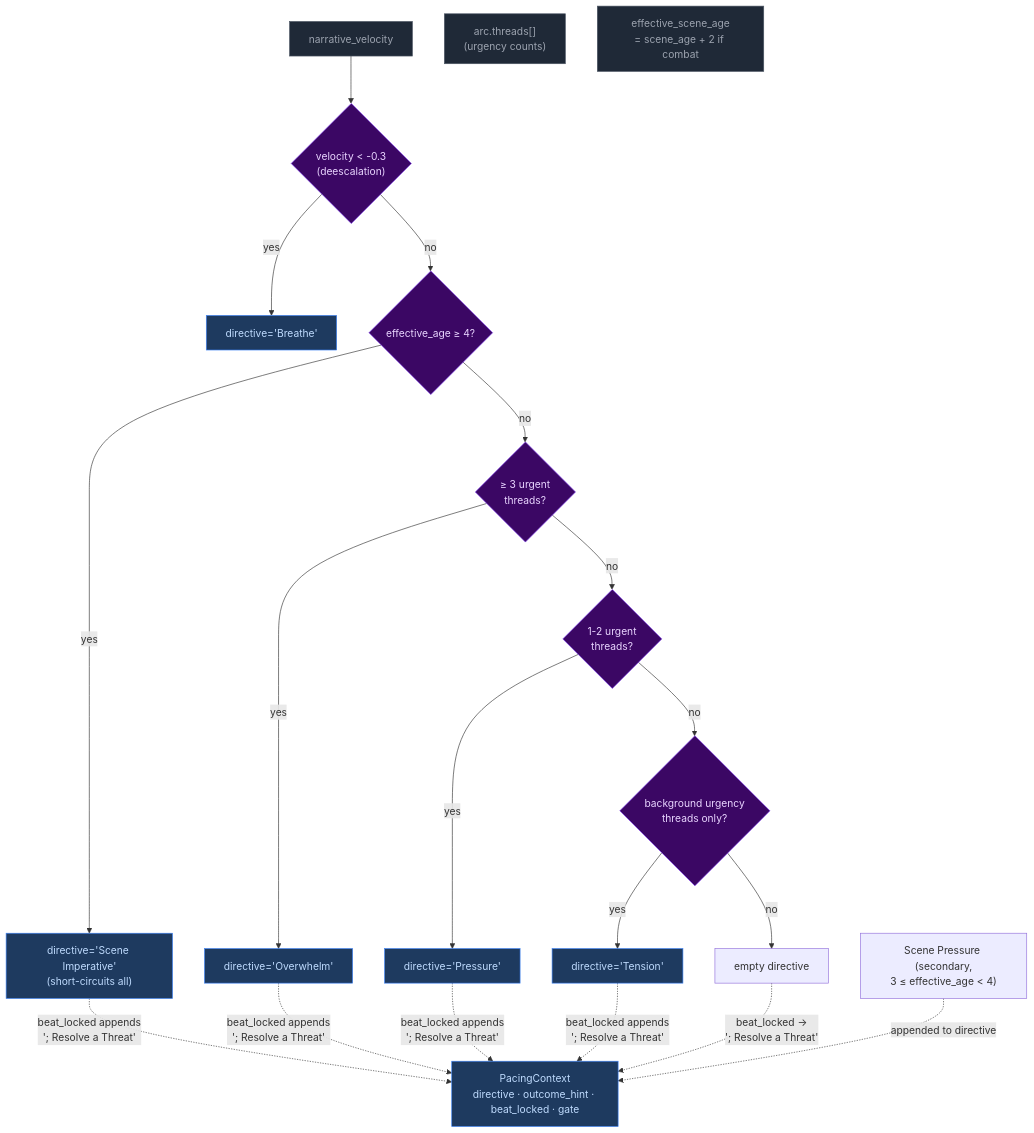
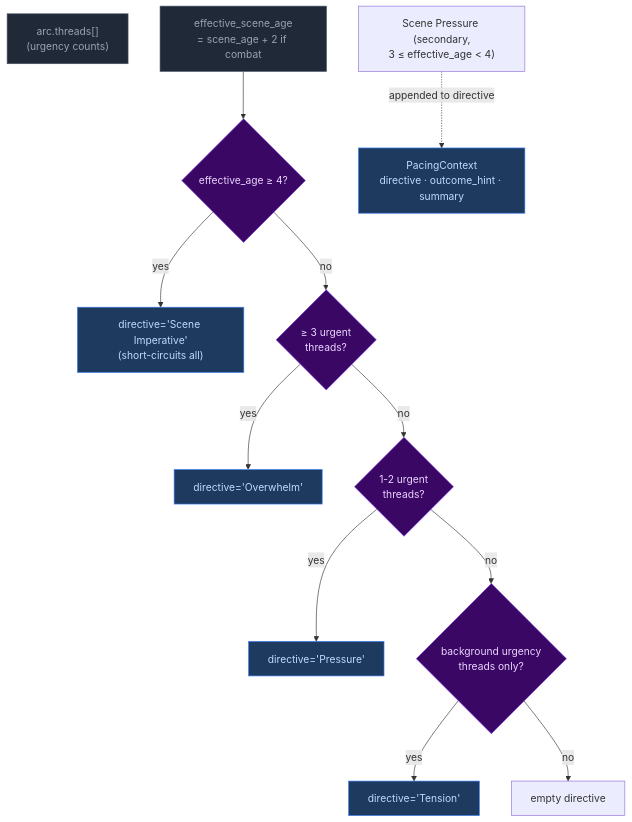
Before and after one commit to pww217/fablethread: the second of 3 diagrams in docs/architecture/step0-ruling.md, drawn with Mermaid. The commit also changed other lines of this file and 30 other files, not shown here.

````diff
--- a/docs/architecture/step0-ruling.md
+++ b/docs/architecture/step0-ruling.md
@@ -79,36 +75,27 @@
 ```mermaid
 flowchart TD
     classDef pyNode fill:#1f2937,color:#9ca3af,stroke:#4b5563
     classDef decision fill:#3b0764,color:#e9d5ff,stroke:#7c3aed
     classDef output fill:#1e3a5f,color:#bfdbfe,stroke:#3b82f6
 
-    V["narrative_velocity"]:::pyNode
     T["arc.threads[]<br>(urgency counts)"]:::pyNode
     SA["effective_scene_age<br>= scene_age + 2 if combat"]:::pyNode
 
-    V --> D1{"velocity < -0.3<br>(deescalation)"}:::decision
-    D1 -- yes --> B1["directive='Breathe'"]:::output
-    D1 -- no --> D2{"effective_age ≥ 4?"}:::decision
-    D2 -- yes --> B2["directive='Scene Imperative'<br>(short-circuits all)"]:::output
-    D2 -- no --> D3{"≥ 3 urgent<br>threads?"}:::decision
-    D3 -- yes --> B3["directive='Overwhelm'"]:::output
-    D3 -- no --> D4{"1-2 urgent<br>threads?"}:::decision
-    D4 -- yes --> B4["directive='Pressure'"]:::output
-    D4 -- no --> D5{"background urgency<br>threads only?"}:::decision
-    D5 -- yes --> B5["directive='Tension'"]:::output
-    D5 -- no --> D6["empty directive"]
+    SA --> D1{"effective_age ≥ 4?"}:::decision
+    D1 -- yes --> B1["directive='Scene Imperative'<br>(short-circuits all)"]:::output
+    D1 -- no --> D2{"≥ 3 urgent<br>threads?"}:::decision
+    D2 -- yes --> B2["directive='Overwhelm'"]:::output
+    D2 -- no --> D3{"1-2 urgent<br>threads?"}:::decision
+    D3 -- yes --> B3["directive='Pressure'"]:::output
+    D3 -- no --> D4{"background urgency<br>threads only?"}:::decision
+    D4 -- yes --> B4["directive='Tension'"]:::output
+    D4 -- no --> D5["empty directive"]
 
     SEC2["Scene Pressure (secondary,<br>3 ≤ effective_age < 4)"]
 
-    FINAL["PacingContext<br>directive · outcome_hint · beat_locked · gate"]:::output
-
-    B2 -. "beat_locked appends<br>'; Resolve a Threat'" .-> FINAL
-    B3 -. "beat_locked appends<br>'; Resolve a Threat'" .-> FINAL
-    B4 -. "beat_locked appends<br>'; Resolve a Threat'" .-> FINAL
-    B5 -. "beat_locked appends<br>'; Resolve a Threat'" .-> FINAL
-    D6 -. "beat_locked →<br>'; Resolve a Threat'" .-> FINAL
+    FINAL["PacingContext<br>directive · outcome_hint · summary"]:::output
 
     SEC2 -. "appended to directive" .-> FINAL
 
-    style B2 fill:#1e3a5f,color:#bfdbfe,stroke:#3b82f6
+    style B1 fill:#1e3a5f,color:#bfdbfe,stroke:#3b82f6
 ```
````
